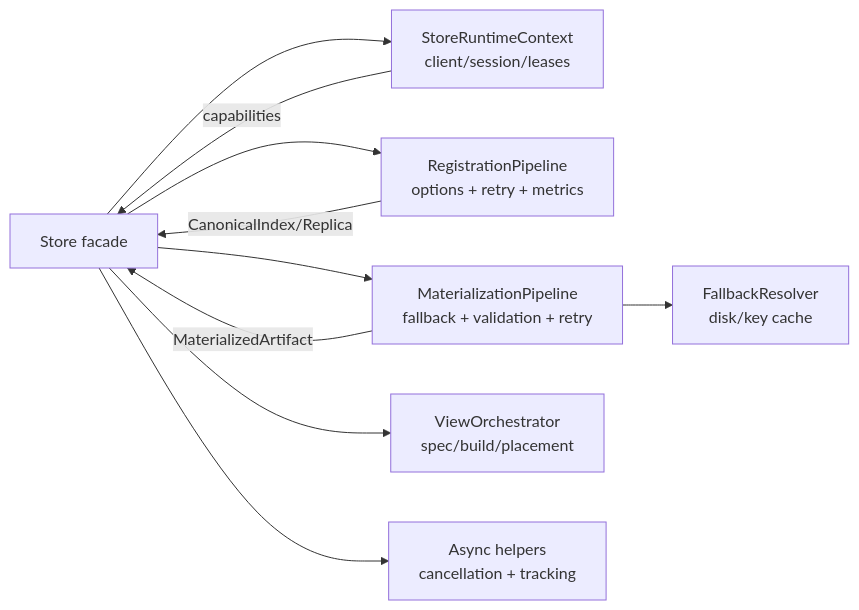
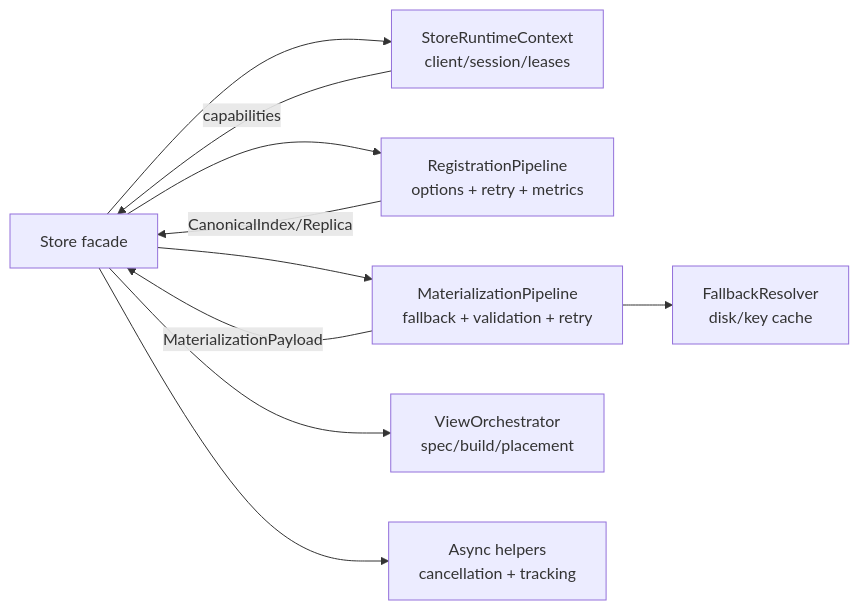
The second of 2 diagrams in docs/designs/0037-store-py-refactor.md (tensorcast-ai/tensorcast), drawn with Mermaid before and after one commit. The commit also changed other lines of this file and 26 other files, not shown here.

Commit message:
feat(daemon): introduce v2 materialization pipeline with streaming payload descriptors

````diff
--- a/docs/designs/0037-store-py-refactor.md
+++ b/docs/designs/0037-store-py-refactor.md
@@ -74,12 +74,12 @@
 ```mermaid
 flowchart LR
     A[Store facade] --> B[StoreRuntimeContext<br>client/session/leases]
     A --> C[RegistrationPipeline<br>options + retry + metrics]
     A --> D[MaterializationPipeline<br>fallback + validation + retry]
     D --> E[FallbackResolver<br>disk/key cache]
     A --> F[ViewOrchestrator<br>spec/build/placement]
     A --> G[Async helpers<br>cancellation + tracking]
     B -->|capabilities| A
     C -->|CanonicalIndex/Replica| A
-    D -->|MaterializedArtifact| A
+    D -->|MaterializationPayload| A
 ```
````
